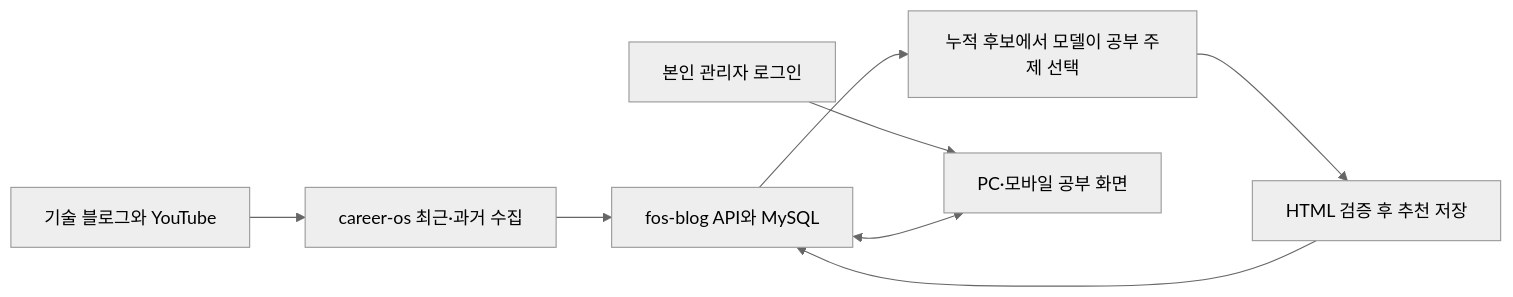
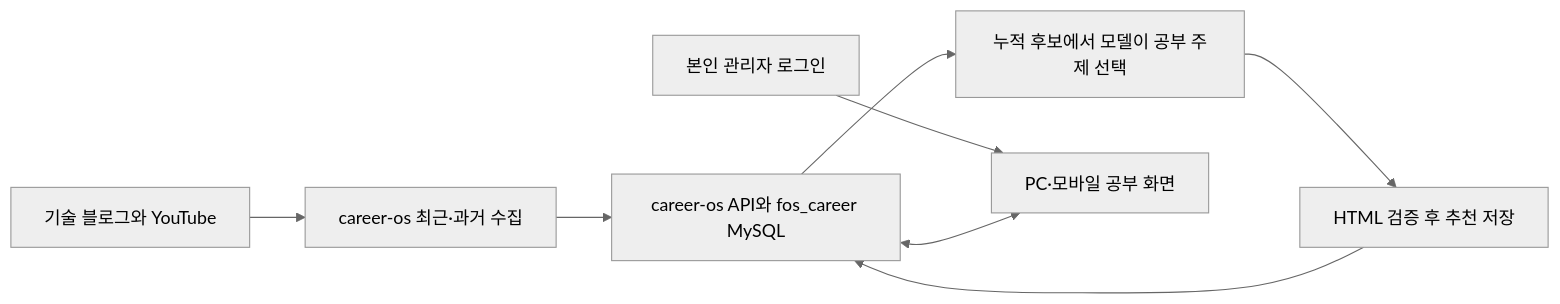
The diagram in career-os/docs/prd.md (jon890/fos-agents), drawn with Mermaid (neutral theme) before and after one commit. The commit also changed other lines of this file and 16 other files, not shown here.

Commit message:
docs(career-os): 추천 상태 Backend와 MySQL 경계를 정한다

````diff
--- a/career-os/docs/prd.md
+++ b/career-os/docs/prd.md
@@ -77,10 +80,10 @@
 ```mermaid
 flowchart LR
     Sources[기술 블로그와 YouTube] --> Collect[career-os 최근·과거 수집]
-    Collect --> API[fos-blog API와 MySQL]
+    Collect --> API[career-os API와 fos_career MySQL]
     API --> Select[누적 후보에서 모델이 공부 주제 선택]
     Select --> Report[HTML 검증 후 추천 저장]
     Report --> API
     Admin[본인 관리자 로그인] --> UI[PC·모바일 공부 화면]
     API <--> UI
 ```
````
